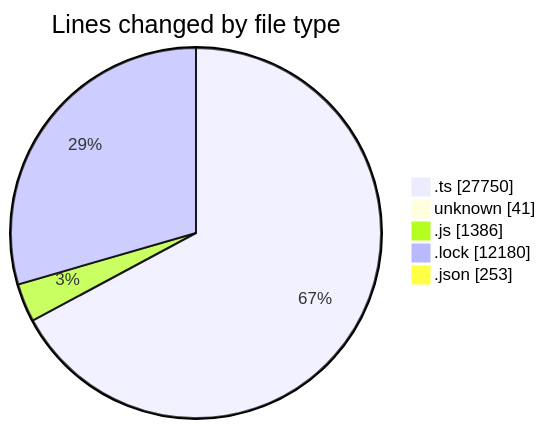
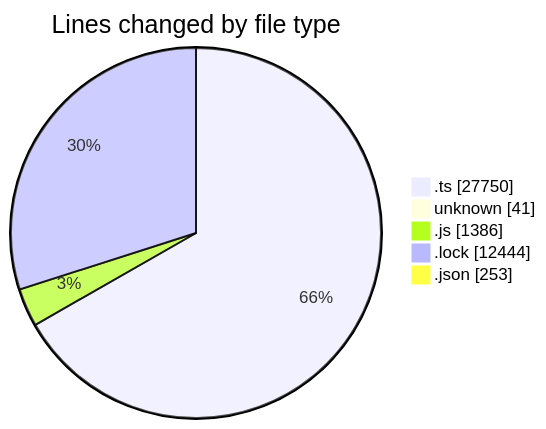
One commit to momahboobian/code-tracking changed the first of 2 diagrams in 2025-08-18/cda/README.md. Above: the diagram before and after it, drawn with Mermaid. The commit also changed other lines of this file and 1 other file, not shown here.

````diff
--- a/2025-08-18/cda/README.md
+++ b/2025-08-18/cda/README.md
@@ -39,9 +39,9 @@
 ```mermaid
 pie showData
 title Lines changed by file type
 ".ts" : 27750
 "unknown" : 41
 ".js" : 1386
-".lock" : 12180
+".lock" : 12444
 ".json" : 253
 ```
````
